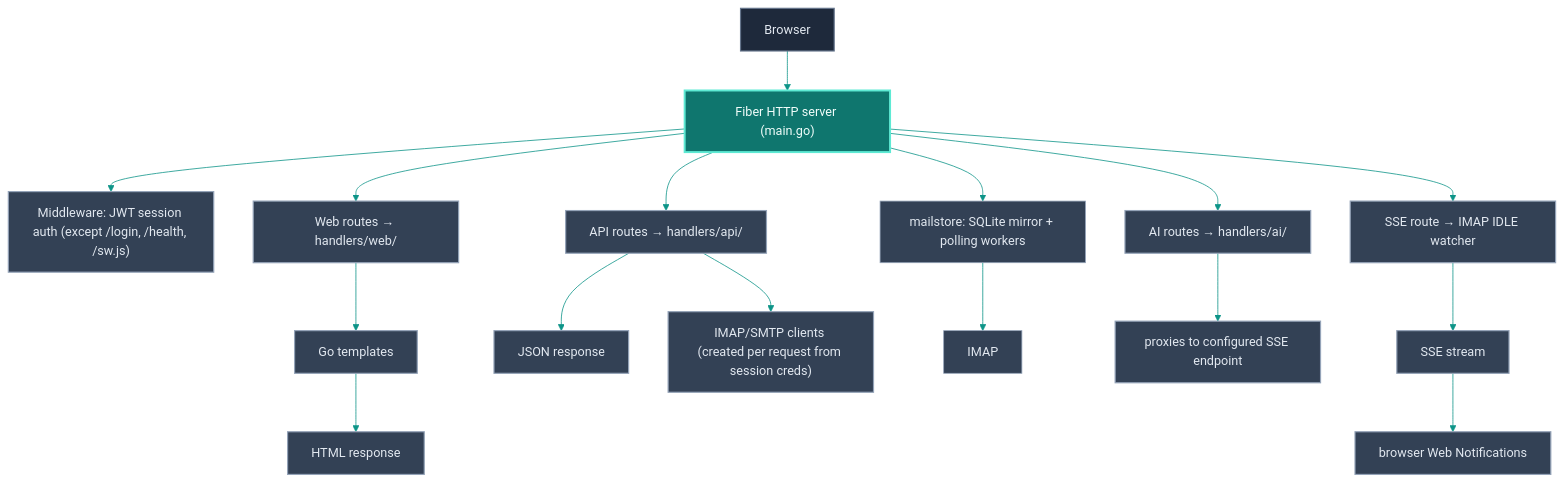
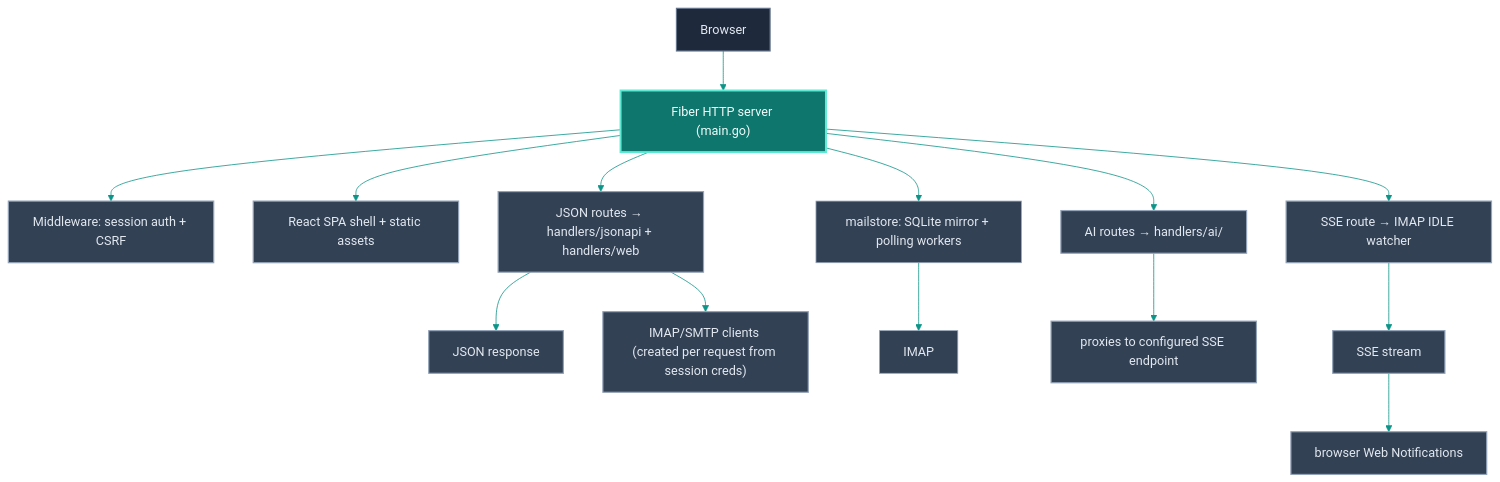
The diagram in docs/ARCHITECTURE.md (voidvon/inbrix), drawn with Mermaid before and after one commit. The commit also changed other lines of this file and 79 other files, not shown here.

````diff
--- a/docs/ARCHITECTURE.md
+++ b/docs/ARCHITECTURE.md
@@ -65,27 +56,25 @@
 ```mermaid
 %%{init: {'theme':'base','themeVariables':{'fontFamily':'ui-monospace, SFMono-Regular, Menlo, monospace','primaryColor':'#334155','primaryBorderColor':'#94a3b8','primaryTextColor':'#e2e8f0','lineColor':'#0d9488','edgeLabelBackground':'transparent','clusterBorder':'#3f8f86','clusterBkg':'transparent'}}}%%
 flowchart TD
     classDef entry fill:#1e293b,stroke:#64748b,color:#e2e8f0,stroke-width:1.5px;
     classDef server fill:#0f766e,stroke:#5eead4,color:#f0fdfa,stroke-width:2.5px;
     classDef backend fill:#334155,stroke:#94a3b8,color:#e2e8f0,stroke-width:1.5px;
 
     Browser --> Server["Fiber HTTP server (main.go)"]
-    Server --> MW["Middleware: JWT session auth (except /login, /health, /sw.js)"]
-    Server --> Web["Web routes → handlers/web/"]
-    Web --> Tmpl["Go templates"]
-    Tmpl --> HTML["HTML response"]
-    Server --> API["API routes → handlers/api/"]
+    Server --> MW["Middleware: session auth + CSRF"]
+    Server --> SPA["React SPA shell + static assets"]
+    Server --> API["JSON routes → handlers/jsonapi + handlers/web"]
     API --> JSON["JSON response"]
     API --> Clients["IMAP/SMTP clients (created per request from session creds)"]
     Server --> Mirror["mailstore: SQLite mirror + polling workers"]
     Mirror --> IMAP
     Server --> AI["AI routes → handlers/ai/"]
     AI --> Proxy["proxies to configured SSE endpoint"]
     Server --> SSE["SSE route → IMAP IDLE watcher"]
     SSE --> Stream["SSE stream"]
     Stream --> Notif["browser Web Notifications"]
 
     class Browser entry
     class Server server
-    class MW,Web,Tmpl,HTML,API,JSON,Clients,AI,Proxy,SSE,Stream,Notif backend
+    class MW,SPA,API,JSON,Clients,AI,Proxy,SSE,Stream,Notif backend
 ```
````
